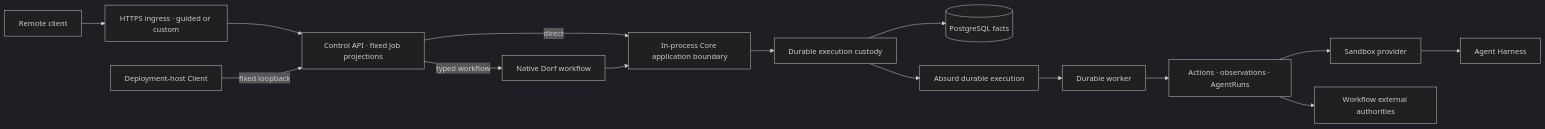
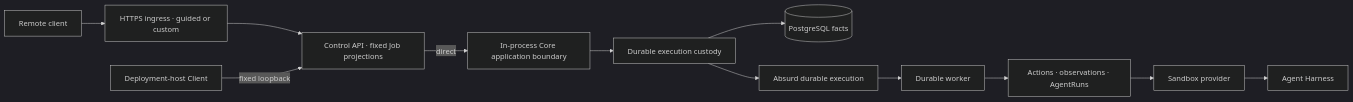
The diagram in docs/project/architecture.md (aphronio/dorf), drawn with Mermaid (dark theme) before and after one commit. The commit also changed other lines of this file and 165 other files, not shown here.

````diff
--- a/docs/project/architecture.md
+++ b/docs/project/architecture.md
@@ -11,17 +11,14 @@
 ```mermaid
 flowchart LR
     Remote["Remote client"] --> Ingress["HTTPS ingress · guided or custom"]
     Ingress --> API["Control API · fixed Job projections"]
     Host["Deployment-host Client"] -->|fixed loopback| API
     API -->|direct| Core["In-process Core application boundary"]
-    Workflow["Native Dorf workflow"] --> Core
-    API -->|typed workflow| Workflow
     Core --> Custody["Durable execution custody"]
     Custody --> PG[("PostgreSQL facts")]
     Custody --> Absurd["Absurd durable execution"]
     Absurd --> Worker["Durable worker"]
     Worker --> Edge["Actions · observations · AgentRuns"]
     Edge --> Sandbox["Sandbox provider"]
-    Edge --> External["Workflow external authorities"]
     Sandbox --> Harness["Agent Harness"]
 ```
````
